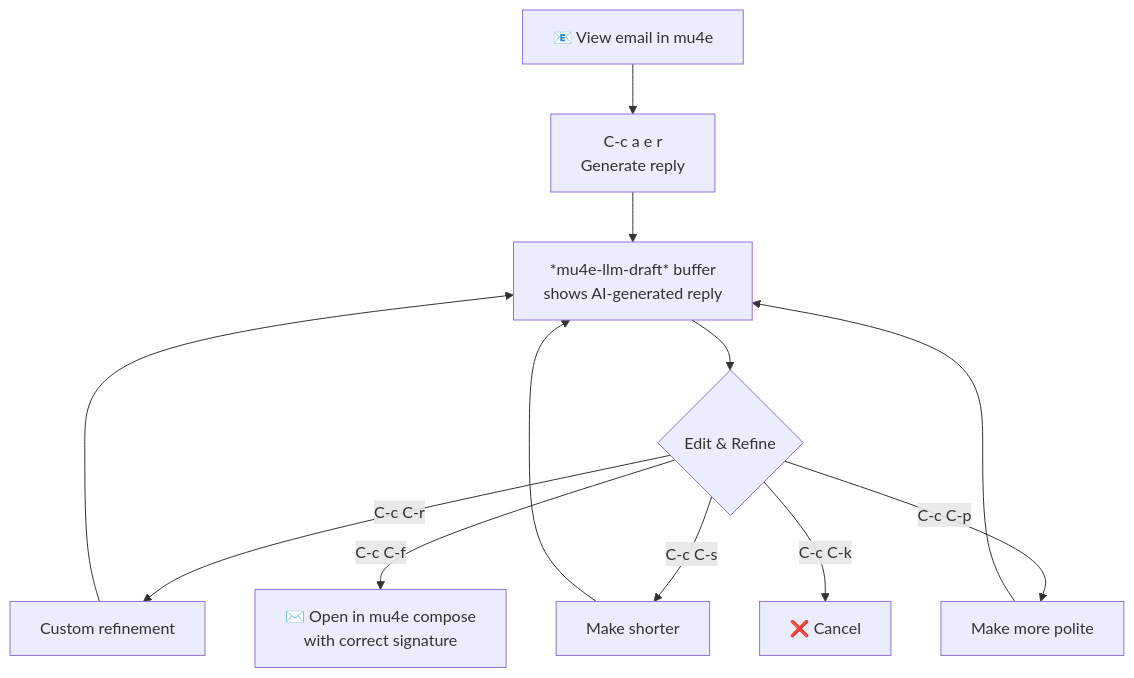
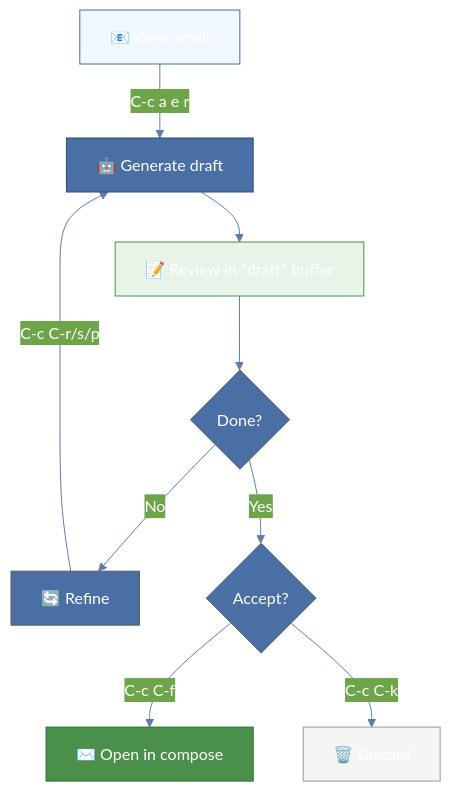
Before and after one commit to emacsmirror/mu4e-llm: the second of 3 diagrams in README.md, drawn with Mermaid. The commit also changed other lines of this file, not shown here.

First line of the commit message:
docs: redesign workflow diagrams in README

````diff
--- a/README.md
+++ b/README.md
@@ -109,18 +113,21 @@
 ```mermaid
+%%{init: {'theme': 'base', 'themeVariables': { 'primaryColor': '#4a6fa5', 'primaryTextColor': '#fff', 'lineColor': '#5c7caa'}}}%%
 flowchart TD
-    A["📧 View email in mu4e"] --> B["C-c a e r<br/>Generate reply"]
-    B --> C["*mu4e-llm-draft* buffer<br/>shows AI-generated reply"]
+    A["📧 View email"] -->|"C-c a e r"| B["🤖 Generate draft"]
+    B --> C["📝 Review in *draft* buffer"]
 
-    C --> D{"Edit & Refine"}
+    C --> D{Done?}
 
-    D -->|"C-c C-r"| E["Custom refinement"]
-    D -->|"C-c C-s"| F["Make shorter"]
-    D -->|"C-c C-p"| G["Make more polite"]
+    D -->|No| E["🔄 Refine"]
+    E -->|"C-c C-r/s/p"| B
 
-    E --> C
-    F --> C
-    G --> C
+    D -->|Yes| F{Accept?}
+    F -->|"C-c C-f"| G["✉️ Open in compose"]
+    F -->|"C-c C-k"| H["🗑️ Discard"]
 
-    D -->|"C-c C-f"| H["✉️ Open in mu4e compose<br/>with correct signature"]
-    D -->|"C-c C-k"| I["❌ Cancel"]
+    style A fill:#f0f7ff,stroke:#4a6fa5
+    style B fill:#4a6fa5,stroke:#2d4a6f,color:#fff
+    style C fill:#e8f4e8,stroke:#4a8f4a
+    style G fill:#4a8f4a,stroke:#2d6f2d,color:#fff
+    style H fill:#f5f5f5,stroke:#999
 ```
````
